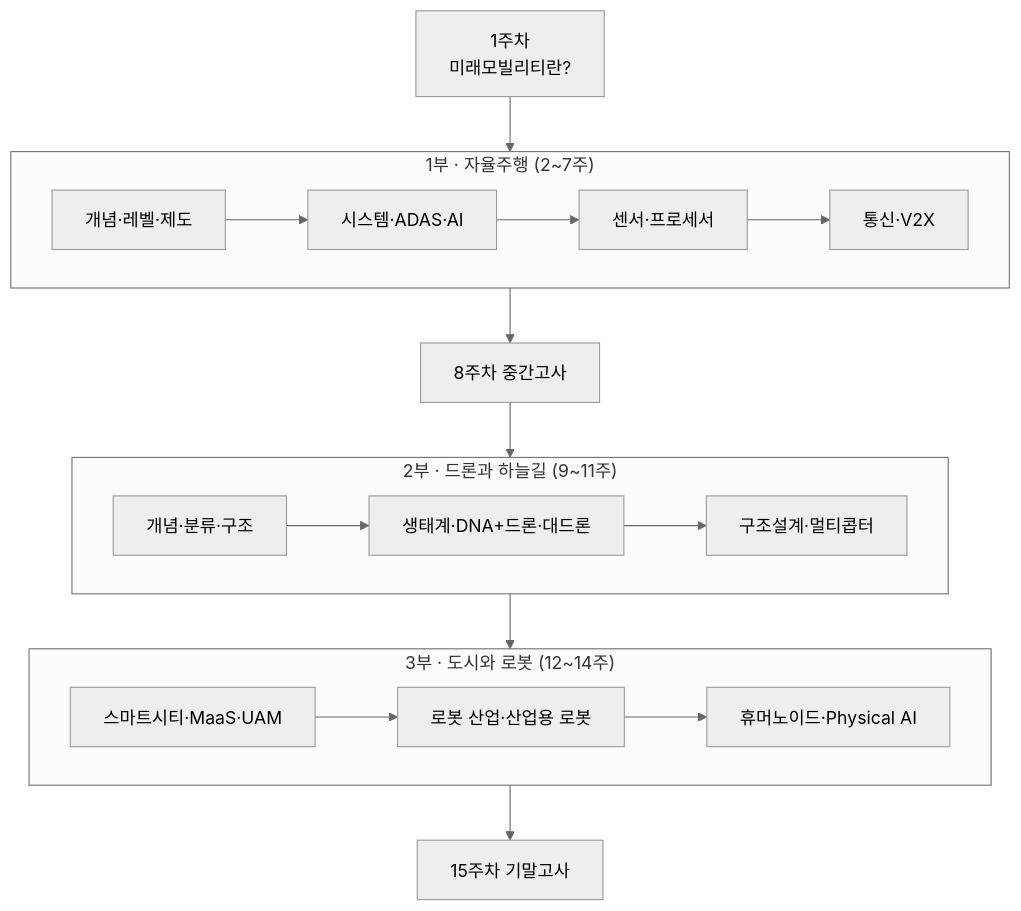
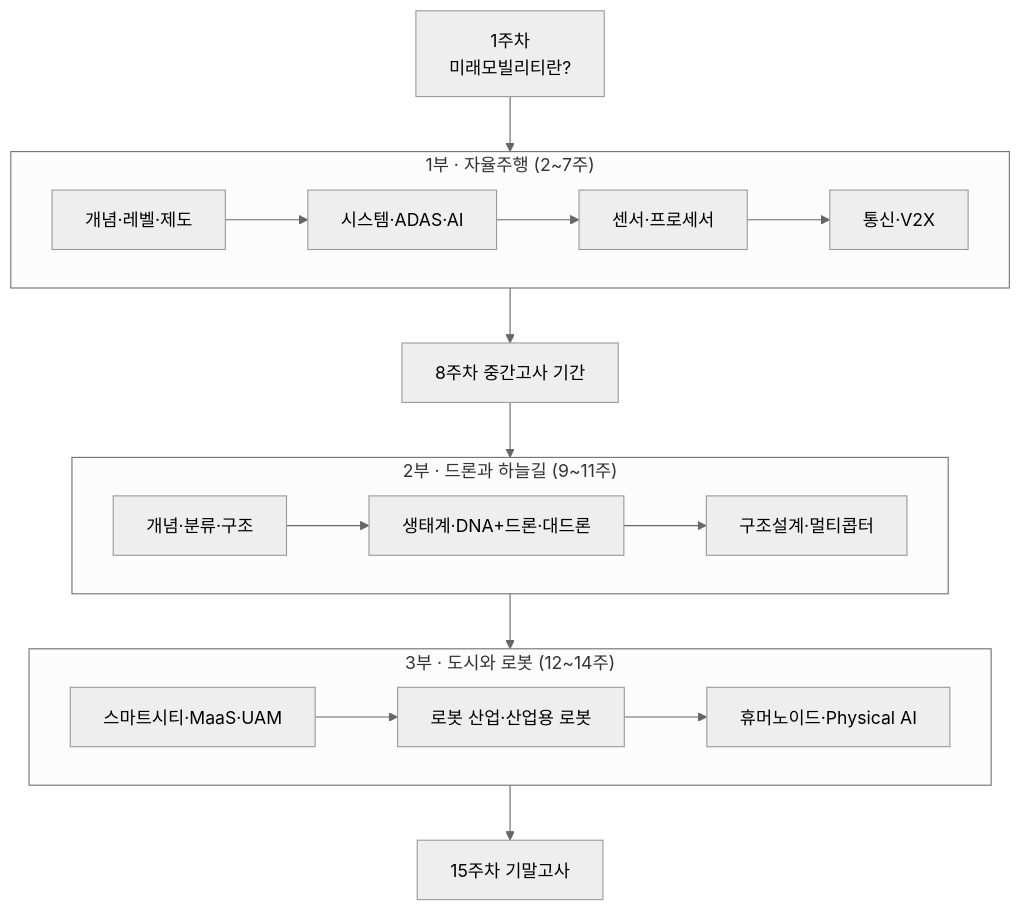
Before and after one commit to parclab-hsu/parclab-hsu.github.io: the diagram in courses-src/future-mobility-intro-202602/docs/index.md, drawn with Mermaid (neutral theme). The commit also changed other lines of this file and 45 other files, not shown here.

````diff
--- a/courses-src/future-mobility-intro-202602/docs/index.md
+++ b/courses-src/future-mobility-intro-202602/docs/index.md
@@ -59,17 +59,17 @@
 ```mermaid
 flowchart TB
     OT["1주차<br/>미래모빌리티란?"] --> A
     subgraph A["1부 · 자율주행 (2~7주)"]
         A1["개념·레벨·제도"] --> A2["시스템·ADAS·AI"] --> A3["센서·프로세서"] --> A4["통신·V2X"]
     end
-    A --> MID["8주차 중간고사"]
+    A --> MID["8주차 중간고사 기간"]
     MID --> B
     subgraph B["2부 · 드론과 하늘길 (9~11주)"]
         B1["개념·분류·구조"] --> B2["생태계·DNA+드론·대드론"] --> B3["구조설계·멀티콥터"]
     end
     B --> C
     subgraph C["3부 · 도시와 로봇 (12~14주)"]
         C1["스마트시티·MaaS·UAM"] --> C2["로봇 산업·산업용 로봇"] --> C3["휴머노이드·Physical AI"]
     end
     C --> FIN["15주차 기말고사"]
 ```
````
